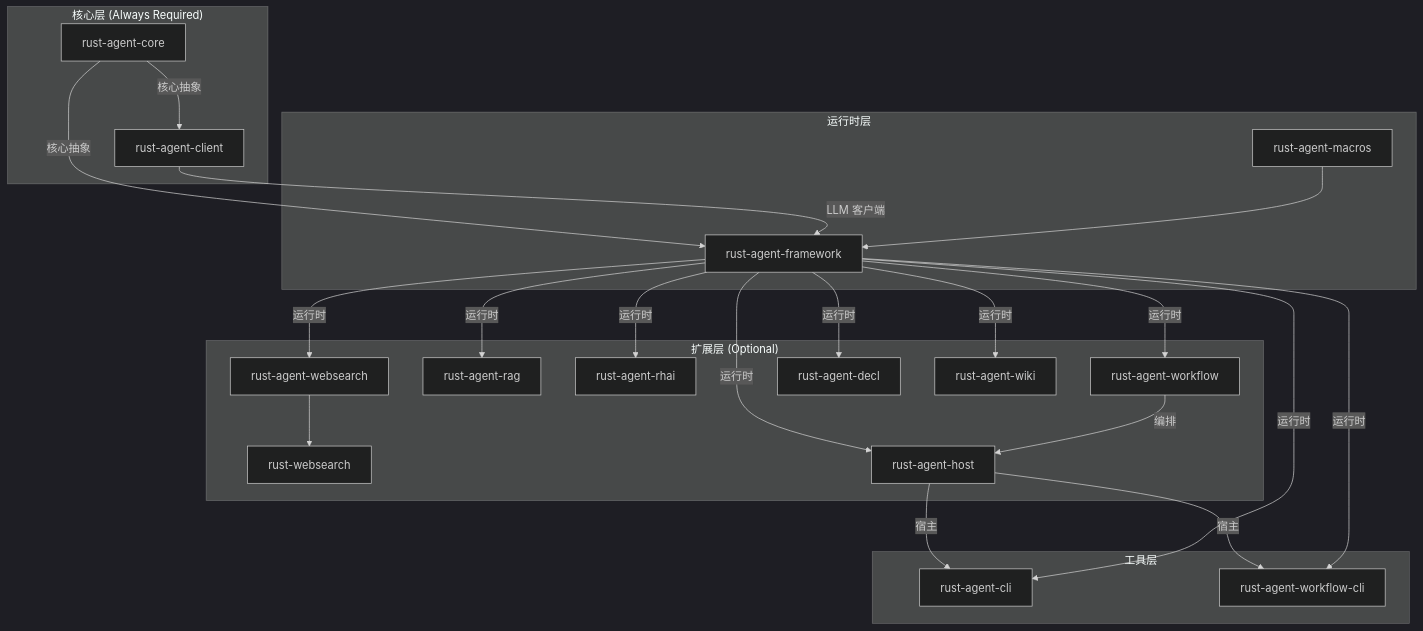
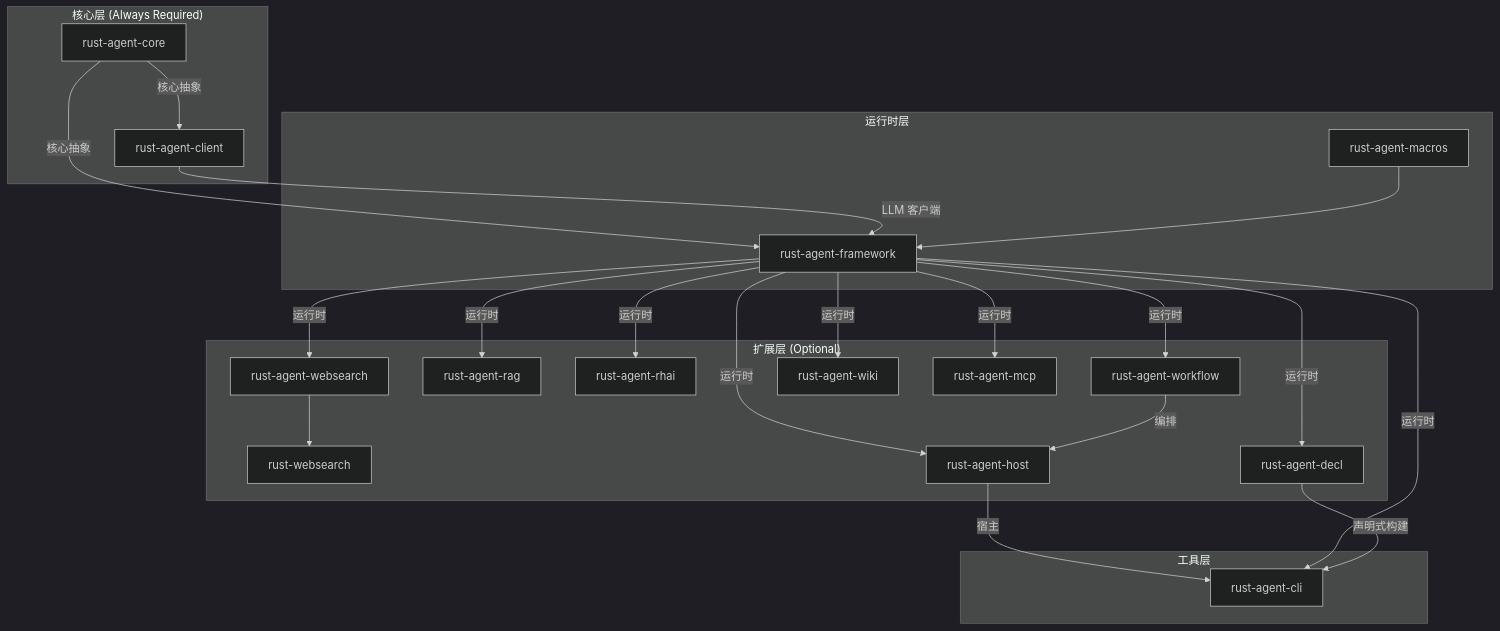
Before and after one commit to Rust-Framework/rust-agent-framework: the diagram in docs/02-core-architecture/crate-map.md, drawn with Mermaid (dark theme). The commit also changed other lines of this file and 34 other files, not shown here.

First line of the commit message:
Remove workflow-cli crate and update dependencies

````diff
--- a/docs/02-core-architecture/crate-map.md
+++ b/docs/02-core-architecture/crate-map.md
@@ -29,50 +29,50 @@
 ```mermaid
 graph TB
     subgraph "扩展层 (Optional)"
         WebSearch[rust-agent-websearch]
         WebSearchLib[rust-websearch]
         RAG[rust-agent-rag]
         Rhai[rust-agent-rhai]
         Workflow[rust-agent-workflow]
         Decl[rust-agent-decl]
         Wiki[rust-agent-wiki]
+        MCP[rust-agent-mcp]
         Host[rust-agent-host]
     end
 
     subgraph "工具层"
         CLI[rust-agent-cli]
-        WFCLI[rust-agent-workflow-cli]
     end
 
     subgraph "运行时层"
         Macros[rust-agent-macros]
         Framework[rust-agent-framework]
     end
 
     subgraph "核心层 (Always Required)"
         Core[rust-agent-core]
         Client[rust-agent-client]
     end
 
     Core --> |核心抽象| Client
     Core --> |核心抽象| Framework
     Client --> |LLM 客户端| Framework
     Macros --> Framework
 
     Framework --> |运行时| WebSearch
     Framework --> |运行时| RAG
     Framework --> |运行时| Rhai
     Framework --> |运行时| Workflow
     Framework --> |运行时| Decl
     Framework --> |运行时| Wiki
+    Framework --> |运行时| MCP
     Framework --> |运行时| Host
 
     WebSearch --> WebSearchLib
 
     Workflow --> |编排| Host
     Host --> |宿主| CLI
-    Host --> |宿主| WFCLI
 
     Framework --> |运行时| CLI
-    Framework --> |运行时| WFCLI
+    Decl --> |声明式构建| CLI
 ```
````
